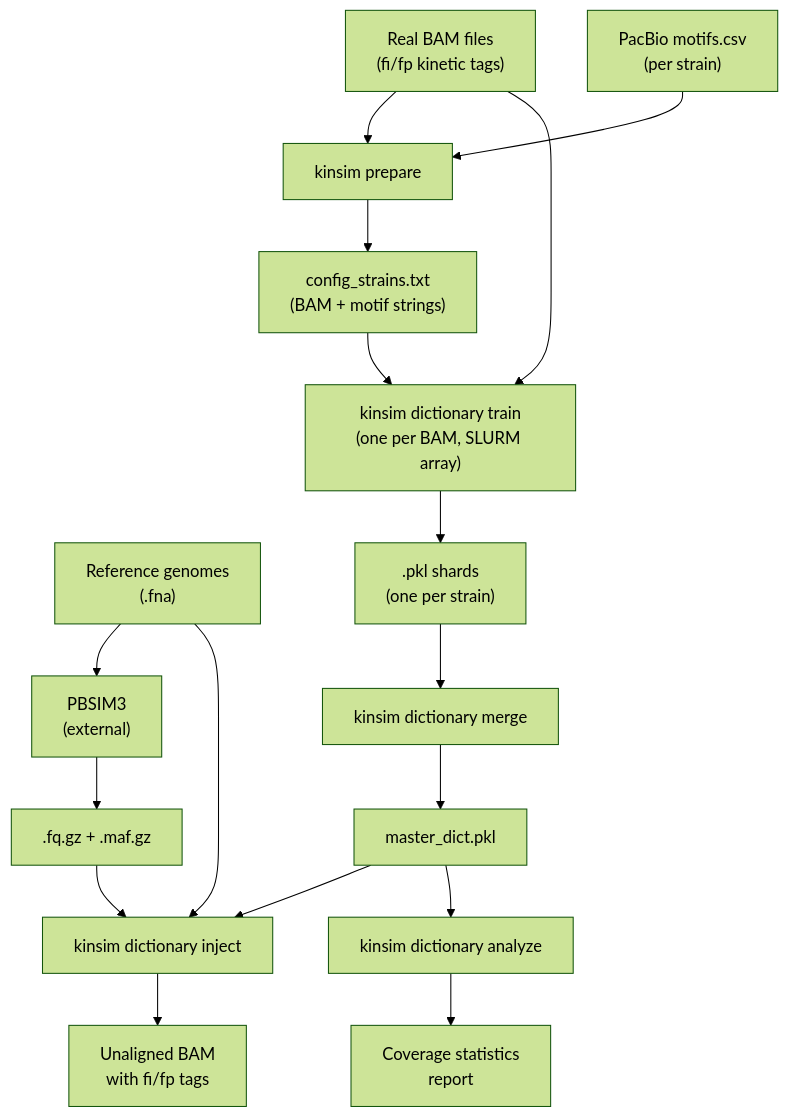
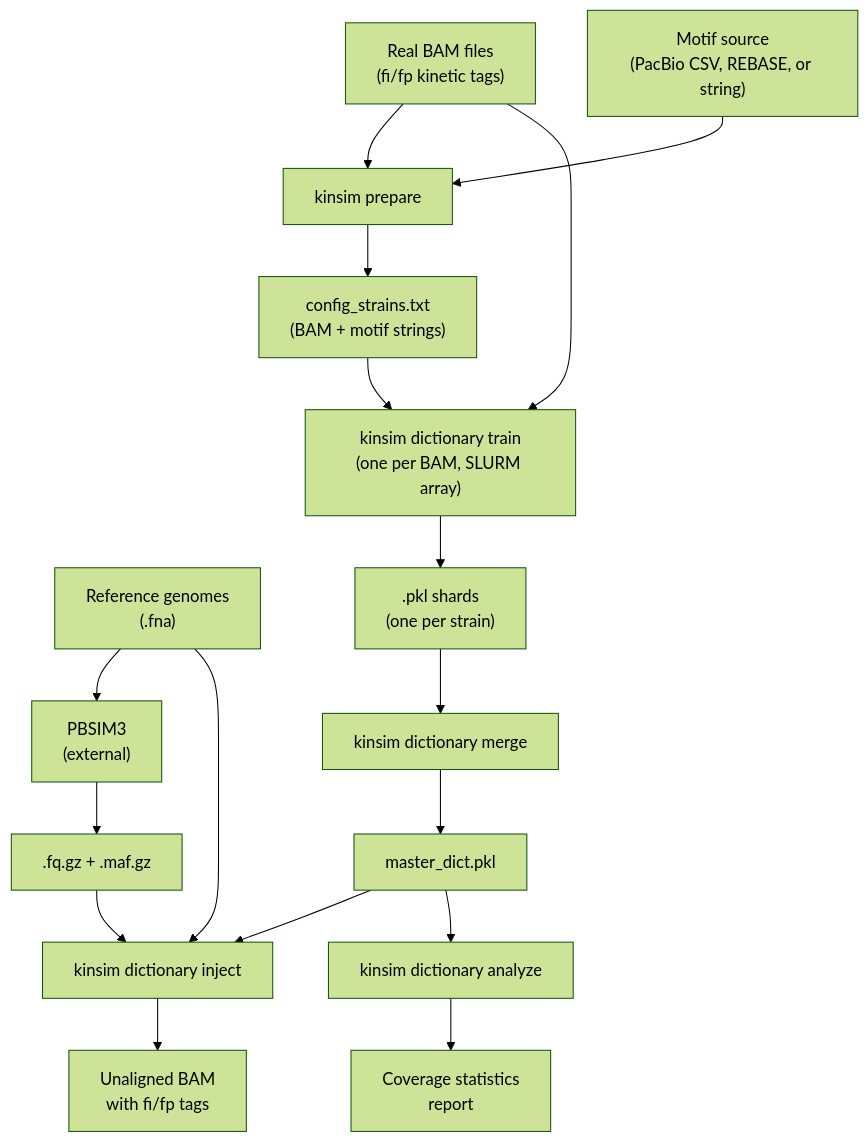
One commit to NicolasDutilleux/KinSim changed the first of 4 diagrams in README.md. Above: the diagram before and after it, drawn with Mermaid (forest theme). The commit also changed other lines of this file and 19 other files, not shown here.

````diff
--- a/README.md
+++ b/README.md
@@ -29,26 +33,26 @@
 ```mermaid
 flowchart TD
     BAM["Real BAM files\n(fi/fp kinetic tags)"]
-    CSV["PacBio motifs.csv\n(per strain)"]
+    MOTIFS["Motif source\n(PacBio CSV, REBASE, or string)"]
     PBSIM3["PBSIM3\n(external)"]
     REF["Reference genomes\n(.fna)"]
 
-    BAM & CSV --> PREPARE["kinsim prepare"]
+    BAM & MOTIFS --> PREPARE["kinsim prepare"]
     PREPARE --> CONFIG["config_strains.txt\n(BAM + motif strings)"]
 
     CONFIG --> TRAIN["kinsim dictionary train\n(one per BAM, SLURM array)"]
     BAM --> TRAIN
     TRAIN --> SHARDS[".pkl shards\n(one per strain)"]
 
     SHARDS --> MERGE["kinsim dictionary merge"]
     MERGE --> MASTER["master_dict.pkl"]
 
     REF --> PBSIM3
     PBSIM3 --> FQ[".fq.gz + .maf.gz"]
 
     MASTER & FQ & REF --> INJECT["kinsim dictionary inject"]
     INJECT --> OUTPUT["Unaligned BAM\nwith fi/fp tags"]
 
     MASTER --> ANALYZE["kinsim dictionary analyze"]
     ANALYZE --> STATS["Coverage statistics\nreport"]
 ```
````
